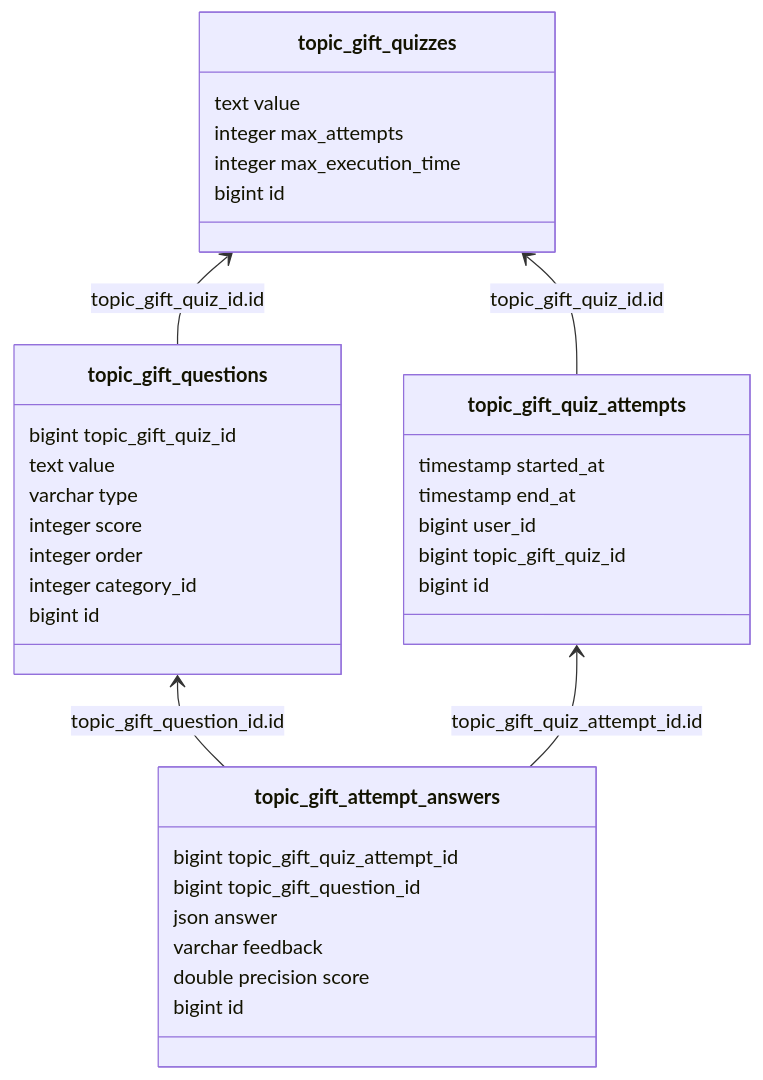
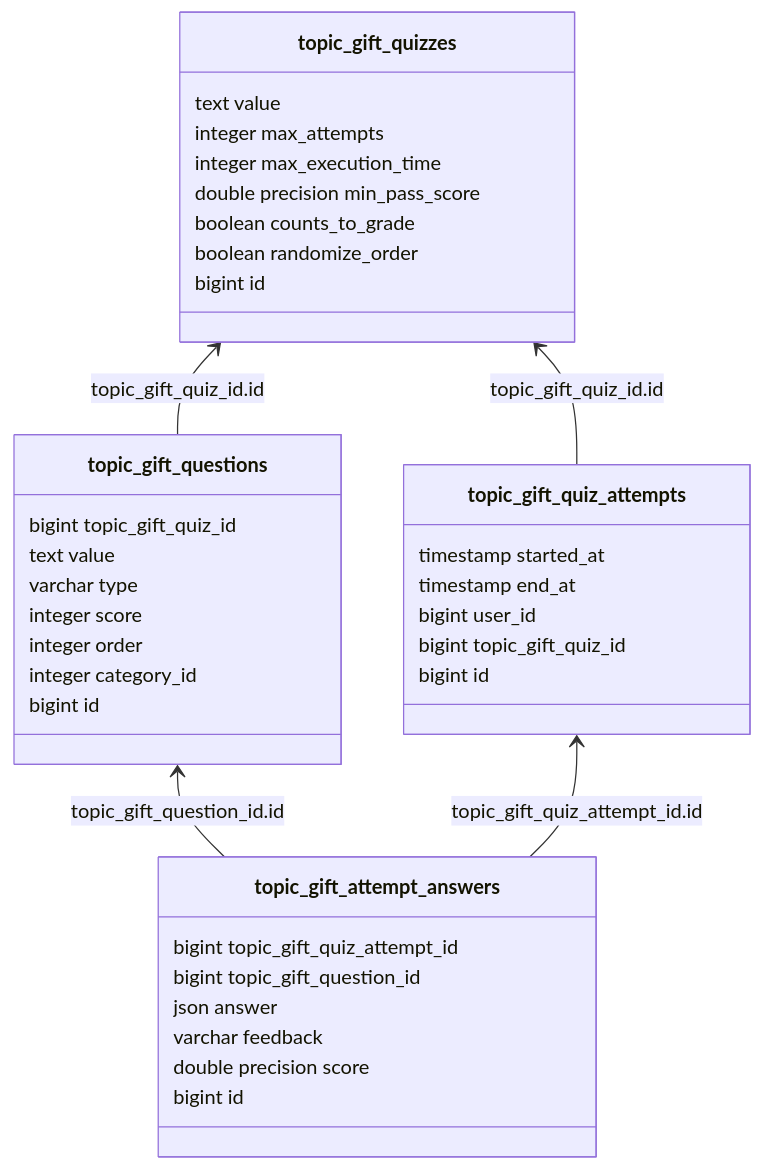
The first of 2 diagrams in README.md (EscolaLMS/Topic-Type-GIFT), drawn with Mermaid before and after one commit. The commit also changed other lines of this file and 21 other files, not shown here.

````diff
--- a/README.md
+++ b/README.md
@@ -48,40 +56,43 @@
 ```mermaid
 classDiagram
 direction BT
 class topic_gift_attempt_answers {
    bigint topic_gift_quiz_attempt_id
    bigint topic_gift_question_id
    json answer
    varchar feedback
    double precision score
    bigint id
 }
 class topic_gift_questions {
    bigint topic_gift_quiz_id
    text value
    varchar type
    integer score
    integer order
    integer category_id
    bigint id
 }
 class topic_gift_quiz_attempts {
    timestamp started_at
    timestamp end_at
    bigint user_id
    bigint topic_gift_quiz_id
    bigint id
 }
 class topic_gift_quizzes {
    text value
    integer max_attempts
    integer max_execution_time
+   double precision min_pass_score
+   boolean counts_to_grade
+   boolean randomize_order
    bigint id
 }
 
 topic_gift_attempt_answers  -->  topic_gift_questions : topic_gift_question_id.id
 topic_gift_attempt_answers  -->  topic_gift_quiz_attempts : topic_gift_quiz_attempt_id.id
 topic_gift_questions  -->  topic_gift_quizzes : topic_gift_quiz_id.id
 topic_gift_quiz_attempts  -->  topic_gift_quizzes : topic_gift_quiz_id.id
 
 ```
````
